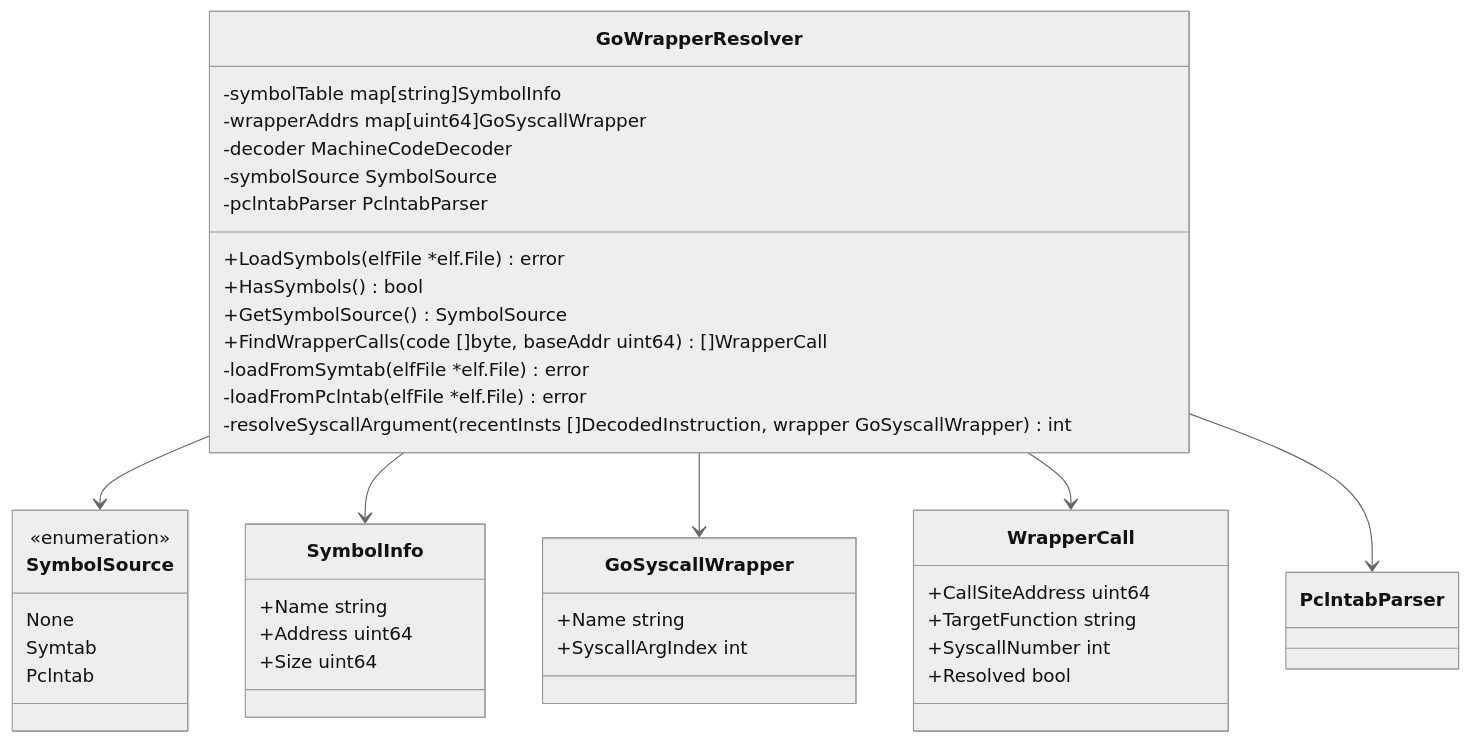
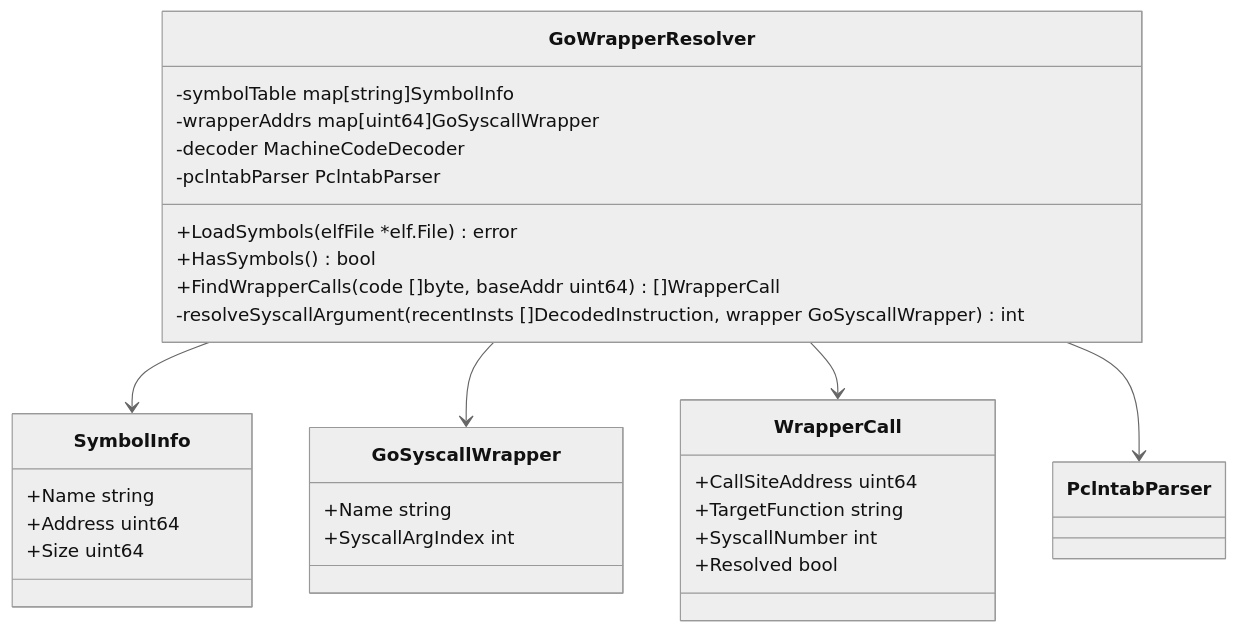
The tenth of 18 diagrams in docs/tasks/0070_elf_syscall_analysis/02_architecture.md (isseis/go-safe-cmd-runner), drawn with Mermaid (neutral theme) before and after one commit. The commit also changed other lines of this file and 2 other files, not shown here.

First line of the commit message:
elf: prefer .gopclntab for Go-wrapper symbol resolution

````diff
--- a/docs/tasks/0070_elf_syscall_analysis/02_architecture.md
+++ b/docs/tasks/0070_elf_syscall_analysis/02_architecture.md
@@ -353,48 +349,36 @@
 ```mermaid
 classDiagram
     class GoWrapperResolver {
         -symbolTable map[string]SymbolInfo
         -wrapperAddrs map[uint64]GoSyscallWrapper
         -decoder MachineCodeDecoder
-        -symbolSource SymbolSource
         -pclntabParser PclntabParser
         +LoadSymbols(elfFile *elf.File) error
         +HasSymbols() bool
-        +GetSymbolSource() SymbolSource
         +FindWrapperCalls(code []byte, baseAddr uint64) []WrapperCall
-        -loadFromSymtab(elfFile *elf.File) error
-        -loadFromPclntab(elfFile *elf.File) error
         -resolveSyscallArgument(recentInsts []DecodedInstruction, wrapper GoSyscallWrapper) int
-    }
-
-    class SymbolSource {
-        <<enumeration>>
-        None
-        Symtab
-        Pclntab
     }
 
     class SymbolInfo {
         +Name string
         +Address uint64
         +Size uint64
     }
 
     class GoSyscallWrapper {
         +Name string
         +SyscallArgIndex int
     }
 
     class WrapperCall {
         +CallSiteAddress uint64
         +TargetFunction string
         +SyscallNumber int
         +Resolved bool
     }
 
-    GoWrapperResolver --> SymbolSource
     GoWrapperResolver --> SymbolInfo
     GoWrapperResolver --> GoSyscallWrapper
     GoWrapperResolver --> WrapperCall
     GoWrapperResolver --> PclntabParser
 ```
````
